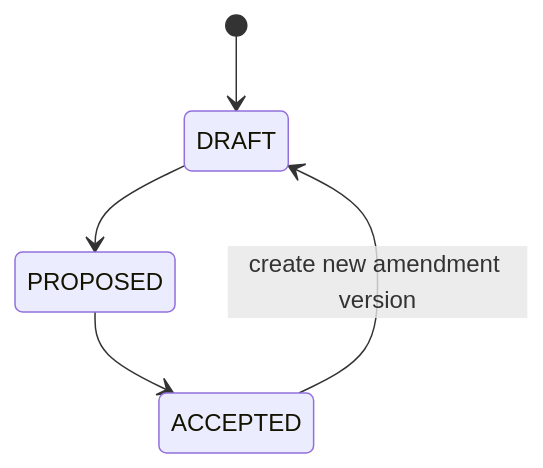
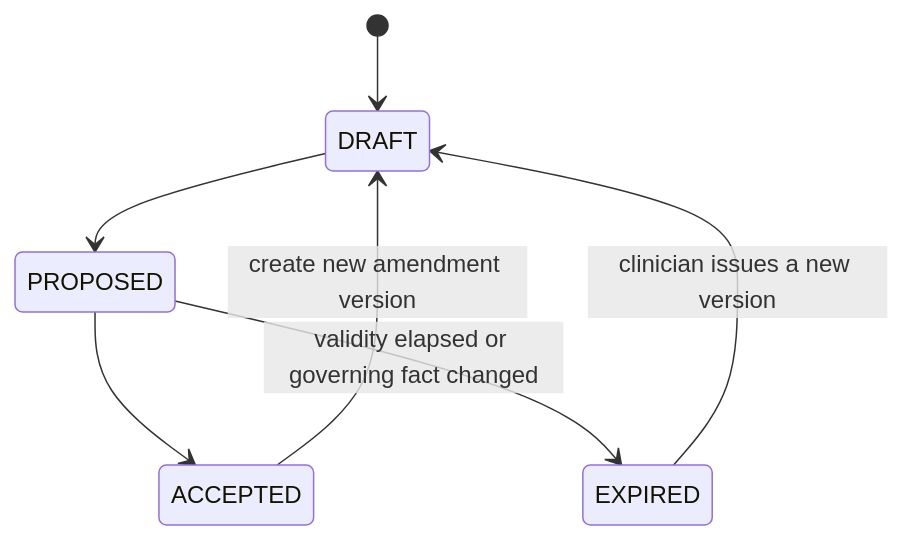
The sixth of 11 diagrams in docs/domain/STATE_MACHINES.md (MustafaFares445/UperTib), drawn with Mermaid before and after one commit. The commit also changed other lines of this file and 19 other files, not shown here.

````diff
--- a/docs/domain/STATE_MACHINES.md
+++ b/docs/domain/STATE_MACHINES.md
@@ -292,7 +384,9 @@
 ```mermaid
 stateDiagram-v2
     [*] --> DRAFT
     DRAFT --> PROPOSED
     PROPOSED --> ACCEPTED
+    PROPOSED --> EXPIRED: validity elapsed or governing fact changed
+    EXPIRED --> DRAFT: clinician issues a new version
     ACCEPTED --> DRAFT: create new amendment version
 ```
````
